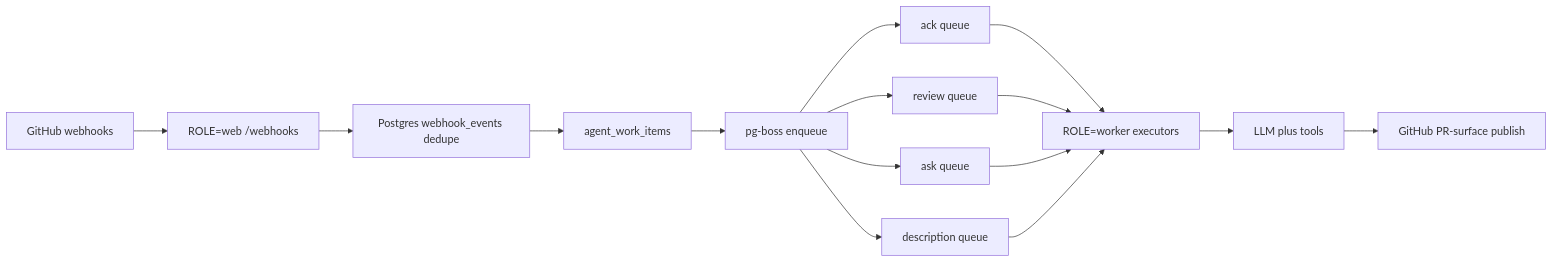
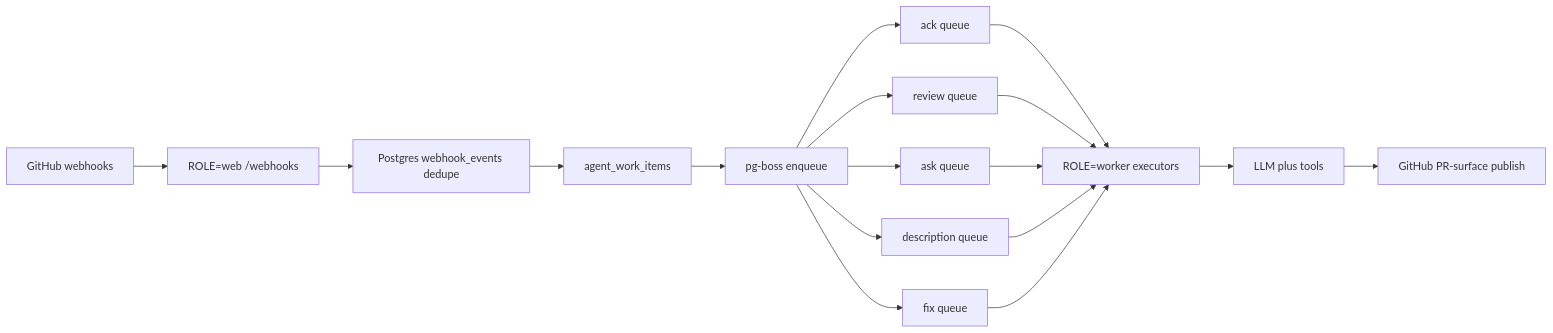
One commit to prathamdby/pr-agent changed the diagram in README.md. Above: the diagram before and after it, drawn with Mermaid. The commit also changed other lines of this file and 51 other files, not shown here.

````diff
--- a/README.md
+++ b/README.md
@@ -205,17 +206,19 @@
 ```mermaid
 flowchart LR
   GitHub[GitHub webhooks] --> Web["ROLE=web /webhooks"]
   Web --> Dedupe[Postgres webhook_events dedupe]
   Dedupe --> Items[agent_work_items]
   Items --> Boss[pg-boss enqueue]
   Boss --> AckQ[ack queue]
   Boss --> RevQ[review queue]
   Boss --> AskQ[ask queue]
   Boss --> DescQ[description queue]
+  Boss --> FixQ[fix queue]
   AckQ --> Worker["ROLE=worker executors"]
   RevQ --> Worker
   AskQ --> Worker
   DescQ --> Worker
+  FixQ --> Worker
   Worker --> LLM[LLM plus tools]
   LLM --> Publish[GitHub PR-surface publish]
 ```
````
